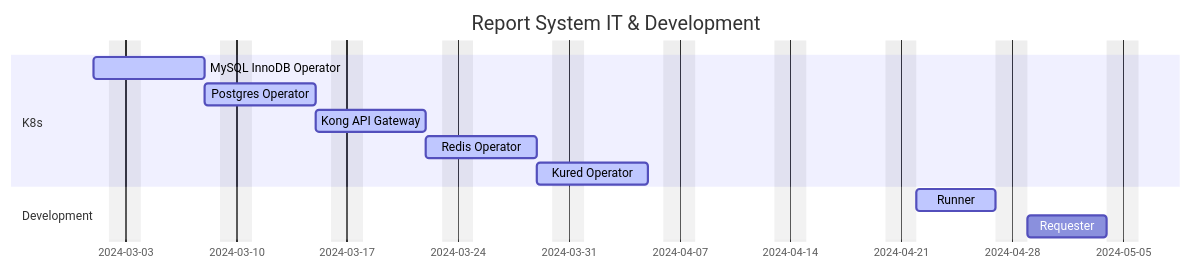
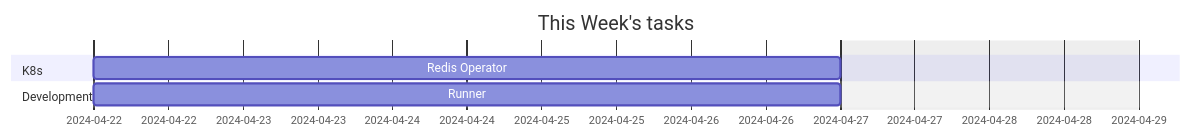
The second of 6 diagrams in 2024/week18.md (brentgroves/status), drawn with Mermaid before and after one commit. The commit also changed other lines of this file and 28 other files, not shown here.

````diff
--- a/2024/week18.md
+++ b/2024/week18.md
@@ -44,18 +41,13 @@
 ```mermaid
 gantt
     dateFormat  YYYY-MM-DD
-    title       Report System IT & Development
+    title       This Week's tasks
     excludes    weekends
     %% (`excludes` accepts specific dates in YYYY-MM-DD format, days of the week ("sunday") or "weekends", but not the word "weekdays".)
 
     section K8s
-    MySQL InnoDB Operator     :active,k1,2024-03-01,5d
-    Postgres Operator         :active,k2, after k1, 5d
-    Kong API Gateway          :active,k3, after k2, 5d
-    Redis Operator            :active,k4, after k3, 5d
-    Kured Operator            :active,k5, after k4, 5d
+    Redis Operator                                :d1,2024-04-22,5d
     section Development
-    Runner                  :active,d1,2024-04-22,5d
-    Requester               :       d2,after d1,5d
+    Runner                                        :d1,2024-04-22,5d
 
 ```
````
